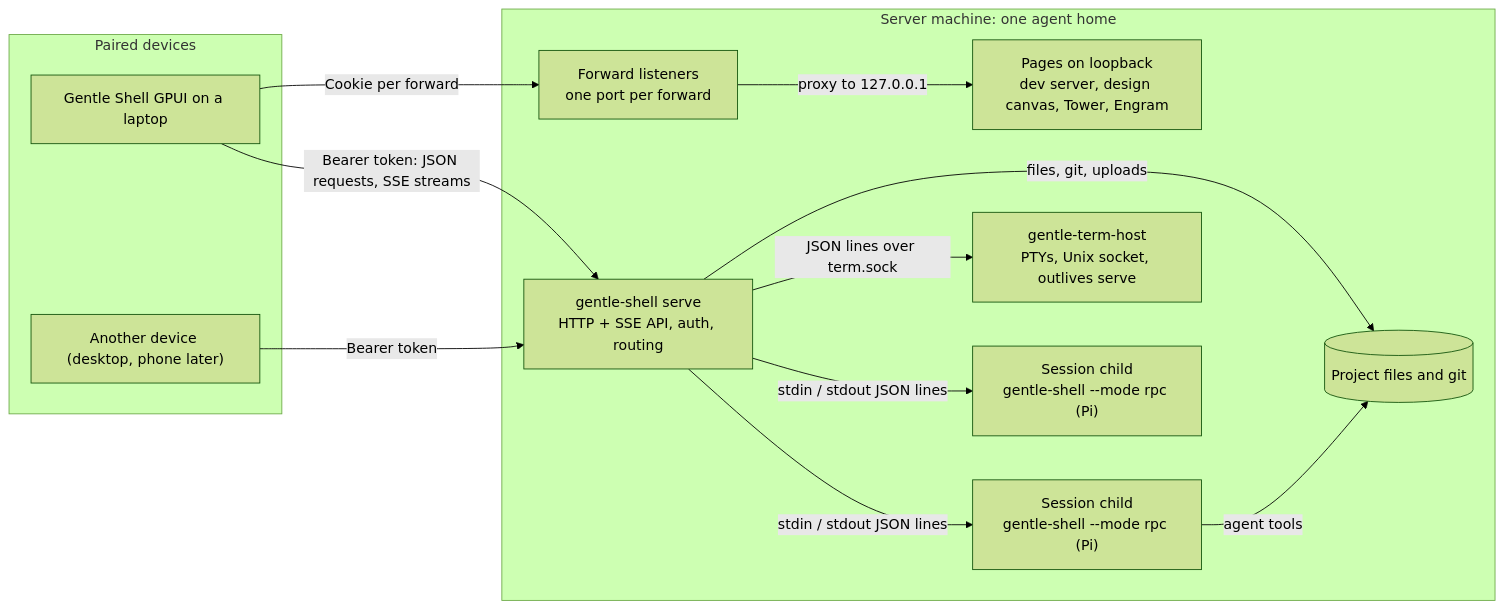
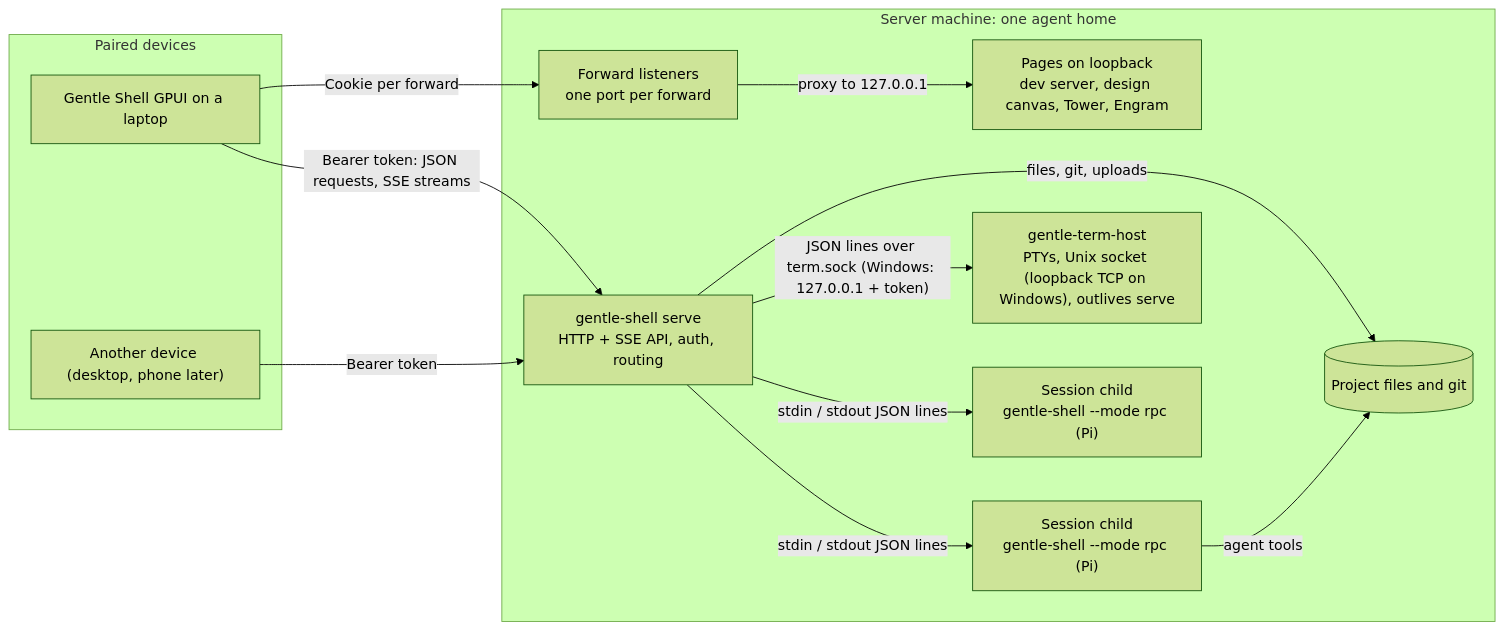
Before and after one commit to Gentleman-Programming/gentle-shell: the first of 6 diagrams in docs/remote.md, drawn with Mermaid (forest theme). The commit also changed other lines of this file and 4 other files, not shown here.

First line of the commit message:
feat(serve): term host over TCP on Windows

````diff
--- a/docs/remote.md
+++ b/docs/remote.md
@@ -26,27 +26,27 @@
 ```mermaid
 flowchart LR
     subgraph Clients["Paired devices"]
         A["Gentle Shell GPUI on a laptop"]
         B["Another device (desktop, phone later)"]
     end
 
     subgraph Server["Server machine: one agent home"]
         S["gentle-shell serve<br/>HTTP + SSE API, auth, routing"]
         P1["Session child<br/>gentle-shell --mode rpc (Pi)"]
         P2["Session child<br/>gentle-shell --mode rpc (Pi)"]
-        H["gentle-term-host<br/>PTYs, Unix socket, outlives serve"]
+        H["gentle-term-host<br/>PTYs, Unix socket (loopback TCP on Windows), outlives serve"]
         F["Forward listeners<br/>one port per forward"]
         L["Pages on loopback<br/>dev server, design canvas, Tower, Engram"]
         FS[("Project files and git")]
     end
 
     A -- "Bearer token: JSON requests, SSE streams" --> S
     B -- "Bearer token" --> S
     A -- "Cookie per forward" --> F
     S -- "stdin / stdout JSON lines" --> P1
     S -- "stdin / stdout JSON lines" --> P2
-    S -- "JSON lines over term.sock" --> H
+    S -- "JSON lines over term.sock (Windows: 127.0.0.1 + token)" --> H
     S -- "files, git, uploads" --> FS
     P1 -- "agent tools" --> FS
     F -- "proxy to 127.0.0.1" --> L
 ```
````
